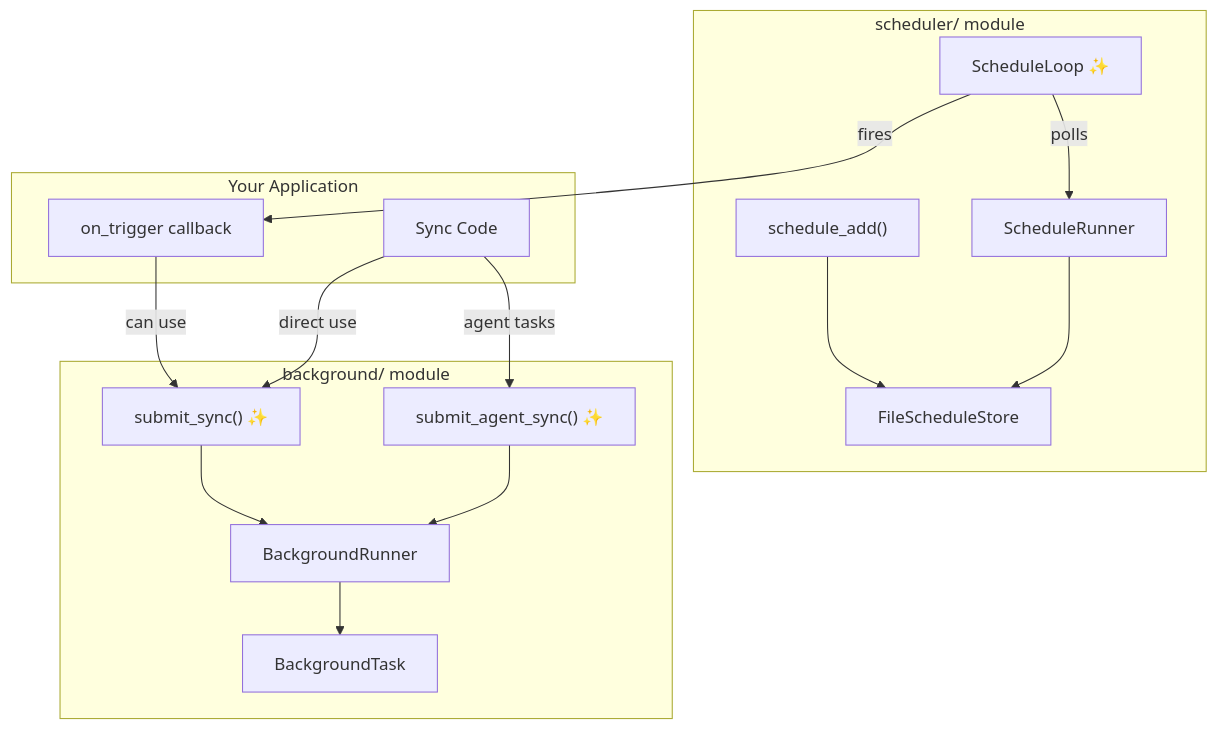
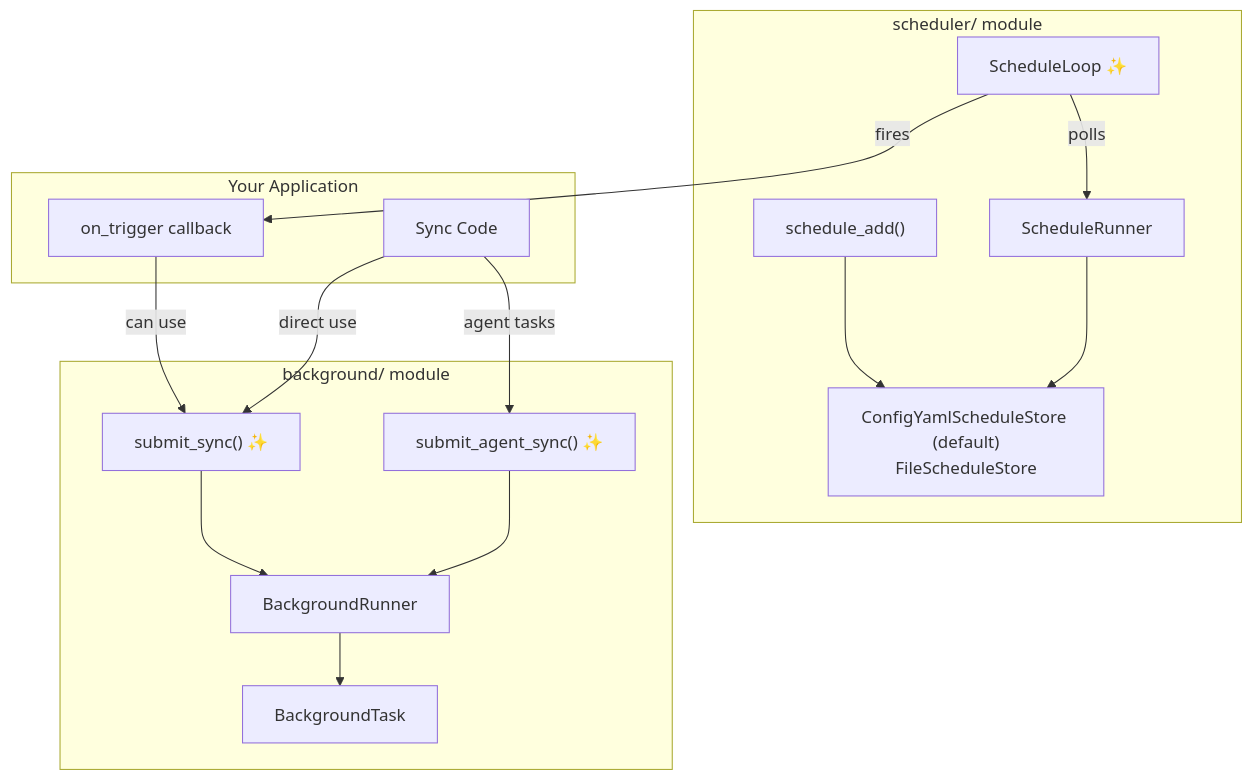
The third of 3 diagrams in docs/features/background-tasks.mdx (MervinPraison/PraisonAIDocs), drawn with Mermaid before and after one commit. The commit also changed other lines of this file and 6 other files, not shown here.

First line of the commit message:
docs: update scheduler pages for atomic claim_due in default store + persist-failure abort (fixes #2206)

````diff
--- a/docs/features/background-tasks.mdx
+++ b/docs/features/background-tasks.mdx
@@ -310,32 +310,32 @@
 ```mermaid
 graph TB
     subgraph Scheduler["scheduler/ module"]
         S1["schedule_add()"]
-        S2["FileScheduleStore"]
+        S2["ConfigYamlScheduleStore (default)<br/>FileScheduleStore"]
         S3["ScheduleRunner"]
         S4["ScheduleLoop ✨"]
         S1 --> S2
         S3 --> S2
         S4 -->|"polls"| S3
     end
 
     subgraph Background["background/ module"]
         B1["BackgroundRunner"]
         B2["BackgroundTask"]
         B3["submit_sync() ✨"]
         B4["submit_agent_sync() ✨"]
         B1 --> B2
         B3 --> B1
         B4 --> B1
     end
 
     subgraph YourApp["Your Application"]
         C1["Sync Code"]
         C2["on_trigger callback"]
     end
 
     S4 -->|"fires"| C2
     C2 -->|"can use"| B3
     C1 -->|"direct use"| B3
     C1 -->|"agent tasks"| B4
 ```
````
